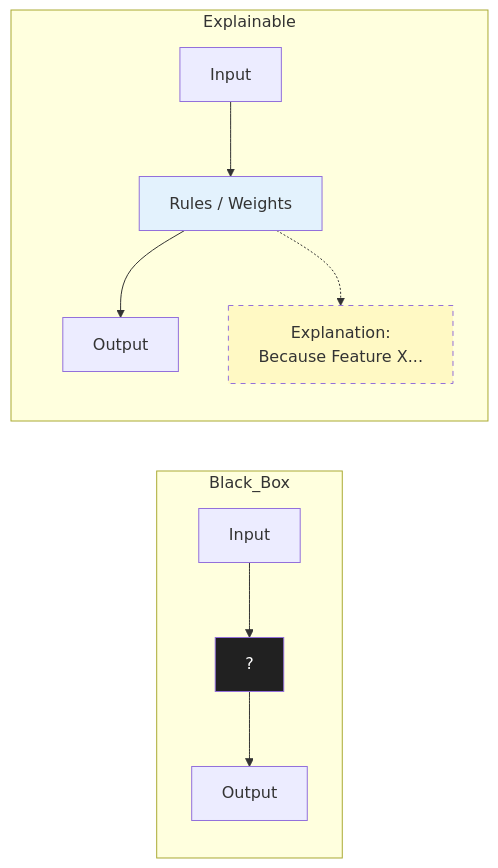
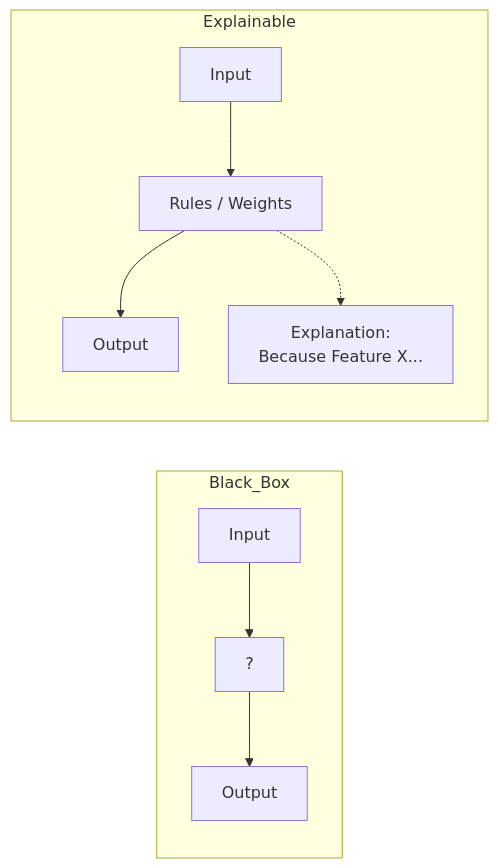
Before and after one commit to antonprafanto/dasarAI2026: the third of 9 diagrams in bab-10-etika.md, drawn with Mermaid. The commit also changed other lines of this file and 8 other files, not shown here.

Commit message:
Fix: Remove custom Mermaid styling for better dark mode visibility

````diff
--- a/bab-10-etika.md
+++ b/bab-10-etika.md
@@ -142,14 +135,11 @@
 ```mermaid
 graph LR
     subgraph Black_Box
         Input1[Input] --> Model1[?] --> Output1[Output]
-        style Model1 fill:#212121,color:#fff
     end
 
     subgraph Explainable
         Input2[Input] --> Model2[Rules / Weights] --> Output2[Output]
         Model2 -.-> Exp[Explanation:<br>Because Feature X...]
-        style Model2 fill:#e3f2fd
-        style Exp fill:#fff9c4,stroke-dasharray: 5 5
     end
 ```
````
